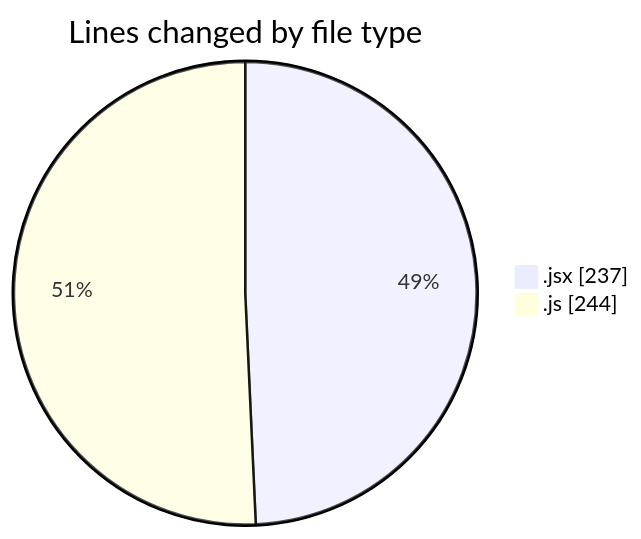
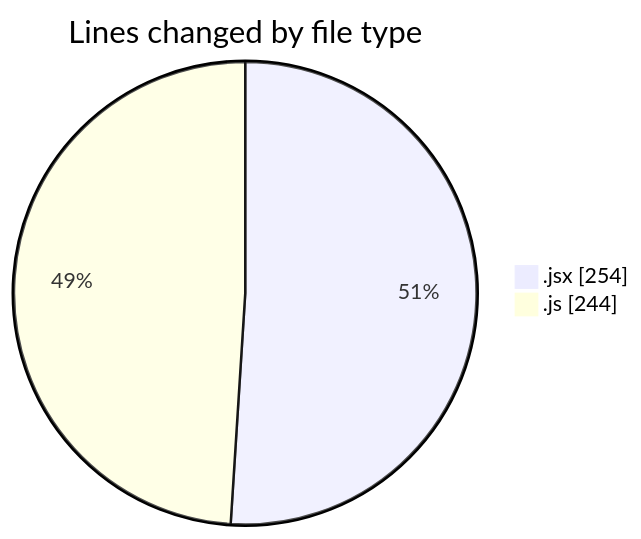
Before and after one commit to nxtqubesakshisongat/code-tracking: the first of 2 diagrams in 2025-12-14/nxtqube_webapp/README.md, drawn with Mermaid. The commit also changed other lines of this file and 1 other file, not shown here.

````diff
--- a/2025-12-14/nxtqube_webapp/README.md
+++ b/2025-12-14/nxtqube_webapp/README.md
@@ -22,6 +22,6 @@
 ```mermaid
 pie showData
 title Lines changed by file type
-".jsx" : 237
+".jsx" : 254
 ".js" : 244
 ```
````
